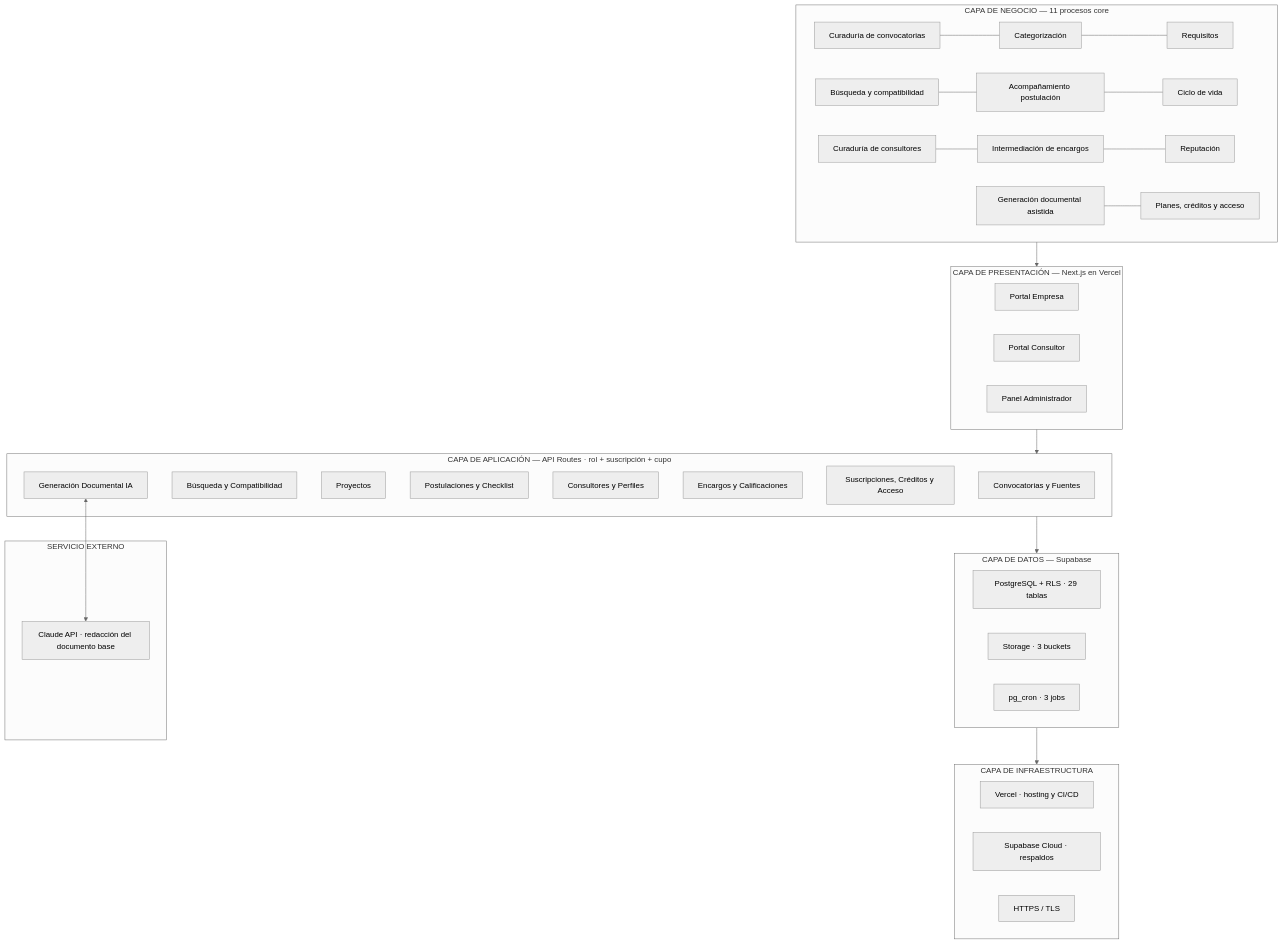
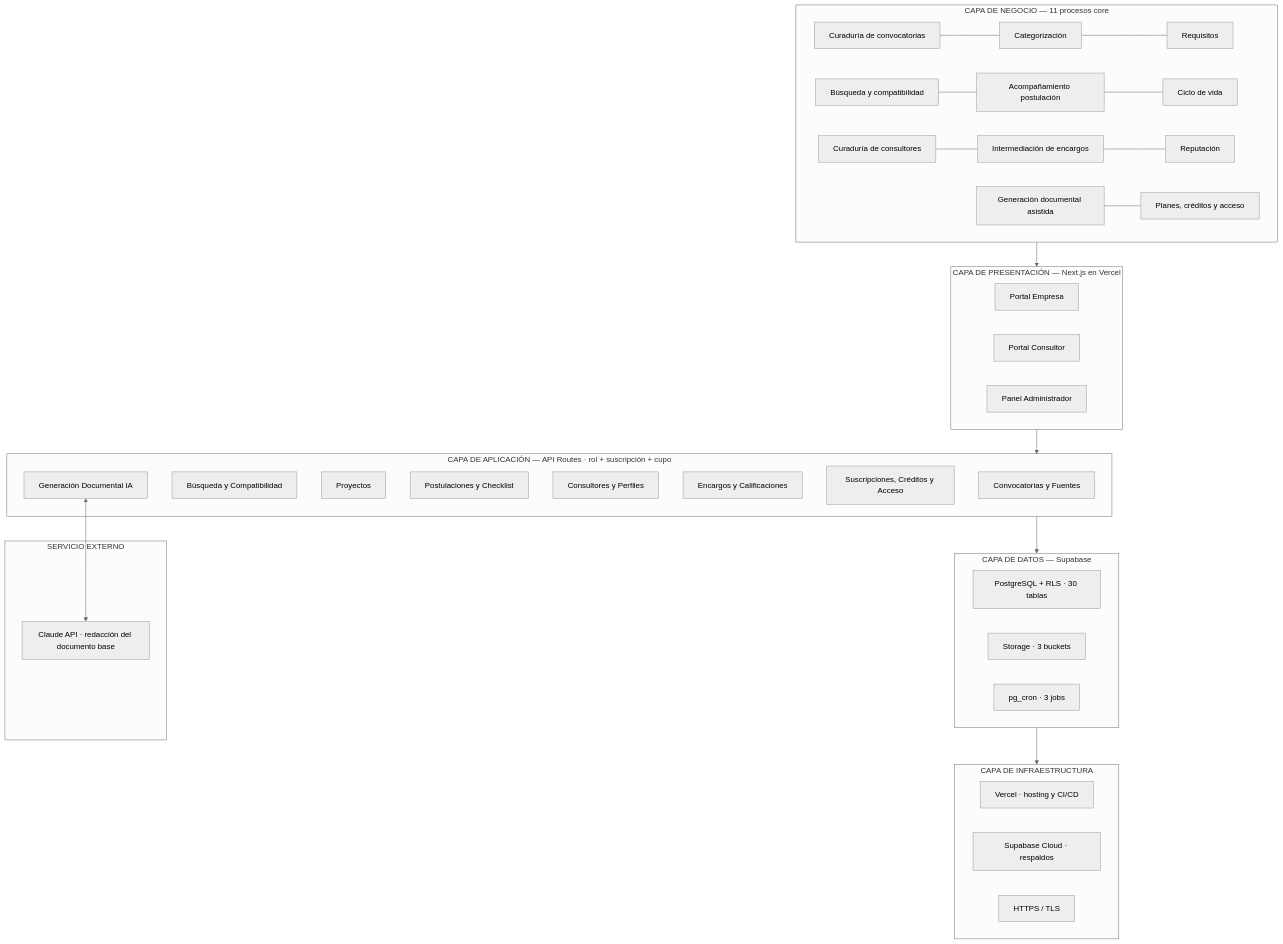
One commit to danielangeline/Convocatorias changed the diagram in docs/04-arquitectura.md. Above: the diagram before and after it, drawn with Mermaid (neutral theme). The commit also changed other lines of this file and 10 other files, not shown here.

````diff
--- a/docs/04-arquitectura.md
+++ b/docs/04-arquitectura.md
@@ -12,39 +12,39 @@
 ```mermaid
 flowchart TB
     subgraph NEGOCIO["CAPA DE NEGOCIO — 11 procesos core"]
         P1["Curaduría de convocatorias"] --- P2["Categorización"] --- P3["Requisitos"]
         P4["Búsqueda y compatibilidad"] --- P5["Acompañamiento postulación"] --- P6["Ciclo de vida"]
         P7["Curaduría de consultores"] --- P8["Intermediación de encargos"] --- P9["Reputación"]
         P10["Generación documental asistida"] --- P11["Planes, créditos y acceso"]
     end
     subgraph PRESENTACION["CAPA DE PRESENTACIÓN — Next.js en Vercel"]
         PU["Portal Empresa"]
         PC["Portal Consultor"]
         PA["Panel Administrador"]
     end
     subgraph APLICACION["CAPA DE APLICACIÓN — API Routes · rol + suscripción + cupo"]
         S1["Convocatorias y Fuentes"]
         S2["Búsqueda y Compatibilidad"]
         S3["Proyectos"]
         S4["Postulaciones y Checklist"]
         S5["Consultores y Perfiles"]
         S6["Encargos y Calificaciones"]
         S7["Suscripciones, Créditos y Acceso"]
         S8["Generación Documental IA"]
     end
     subgraph IA["SERVICIO EXTERNO"]
         CL["Claude API · redacción del documento base"]
     end
     subgraph DATOS["CAPA DE DATOS — Supabase"]
-        DB["PostgreSQL + RLS · 29 tablas"]
+        DB["PostgreSQL + RLS · 30 tablas"]
         ST["Storage · 3 buckets"]
         CR["pg_cron · 3 jobs"]
     end
     subgraph INFRA["CAPA DE INFRAESTRUCTURA"]
         V["Vercel · hosting y CI/CD"]
         SC["Supabase Cloud · respaldos"]
         TLS["HTTPS / TLS"]
     end
     NEGOCIO --> PRESENTACION --> APLICACION --> DATOS --> INFRA
     S8 <--> CL
 ```
````
